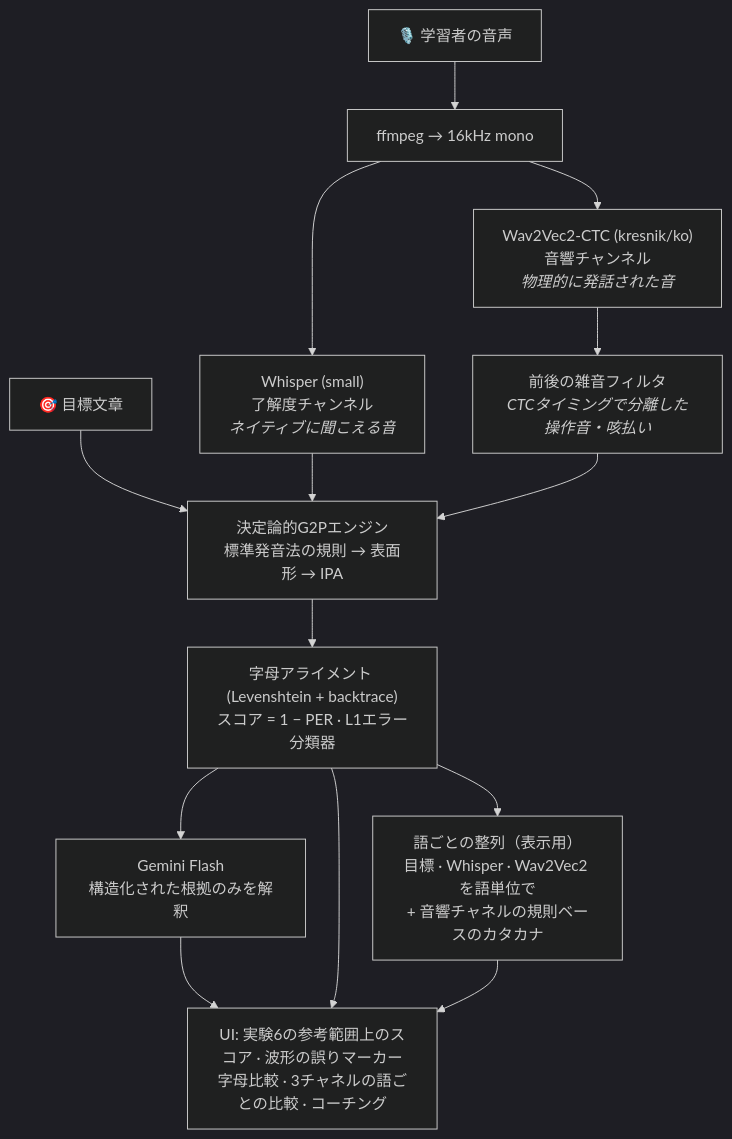
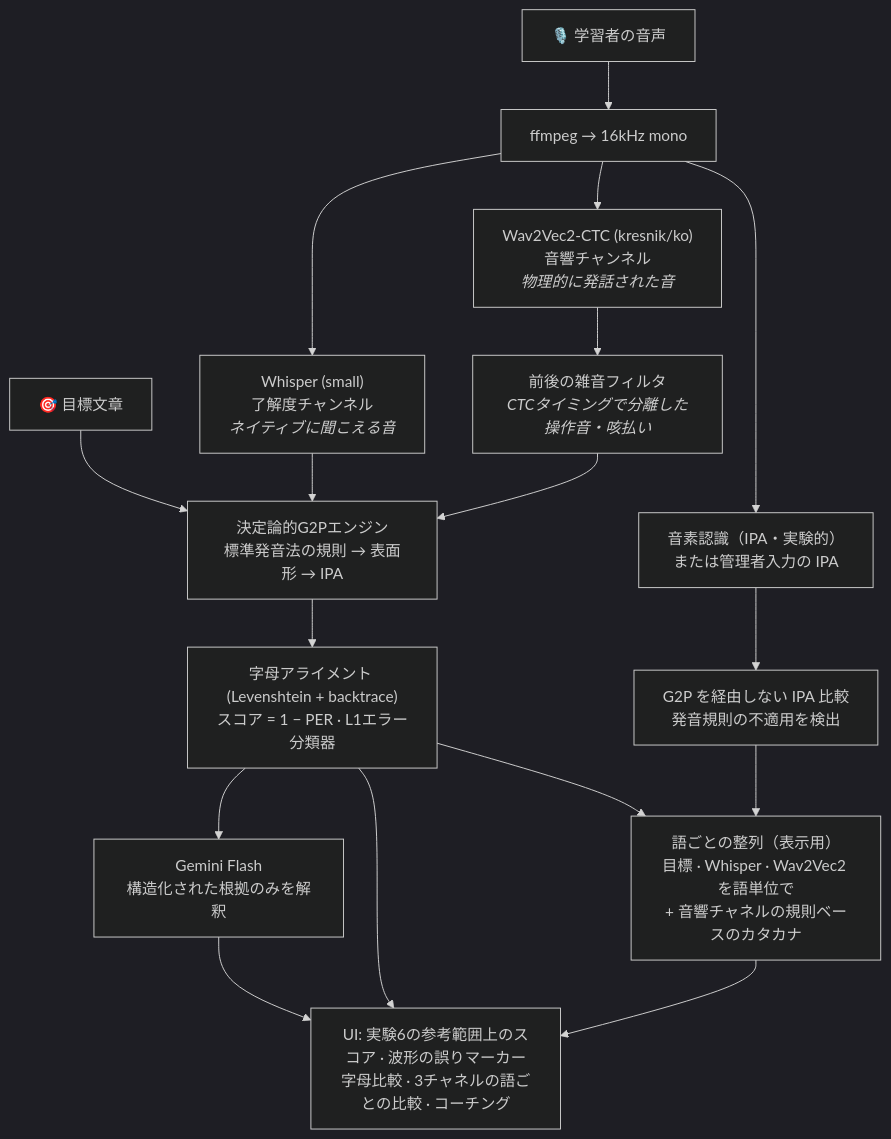
The diagram in README_jp.md (fairyofdata/PhonemeJP2KR), drawn with Mermaid (dark theme) before and after one commit. The commit also changed other lines of this file and 8 other files, not shown here.

````diff
--- a/README_jp.md
+++ b/README_jp.md
@@ -39,16 +40,19 @@
 ```mermaid
 flowchart TD
     A[🎙️ 学習者の音声] --> B[ffmpeg → 16kHz mono]
     B --> C["Whisper (small)<br/>了解度チャンネル<br/><i>ネイティブに聞こえる音</i>"]
     B --> D["Wav2Vec2-CTC (kresnik/ko)<br/>音響チャンネル<br/><i>物理的に発話された音</i>"]
     T[🎯 目標文章] --> G
     C --> G["決定論的G2Pエンジン<br/>標準発音法の規則 → 表面形 → IPA"]
     D --> N["前後の雑音フィルタ<br/><i>CTCタイミングで分離した操作音・咳払い</i>"]
     N --> G
     G --> S["字母アライメント (Levenshtein + backtrace)<br/>スコア = 1 − PER · L1エラー分類器"]
     S --> W["語ごとの整列（表示用）<br/>目標 · Whisper · Wav2Vec2 を語単位で<br/>+ 音響チャネルの規則ベースのカタカナ"]
+    B --> P["音素認識（IPA・実験的）<br/>または管理者入力の IPA"]
+    P --> I["G2P を経由しない IPA 比較<br/>発音規則の不適用を検出"]
+    I --> W
     S --> L["Gemini Flash<br/>構造化された根拠のみを解釈"]
     L --> U["UI: 実験6の参考範囲上のスコア · 波形の誤りマーカー<br/>字母比較 · 3チャネルの語ごとの比較 · コーチング"]
     S --> U
     W --> U
 ```
````
